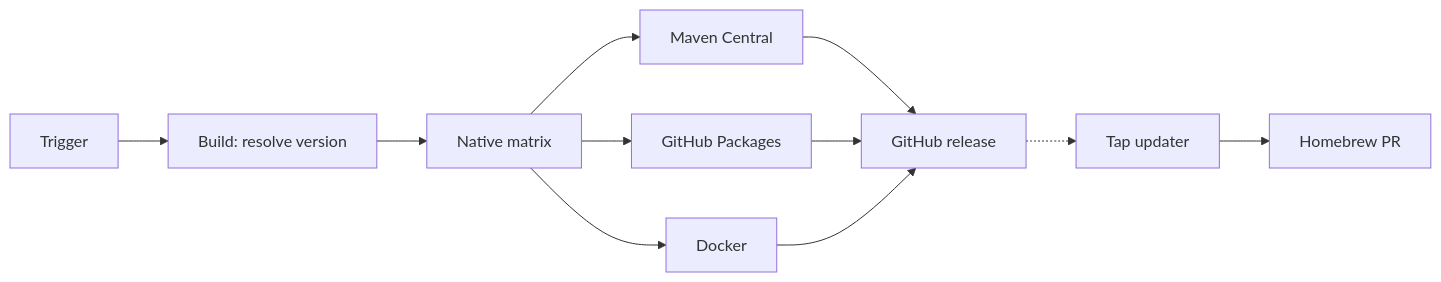
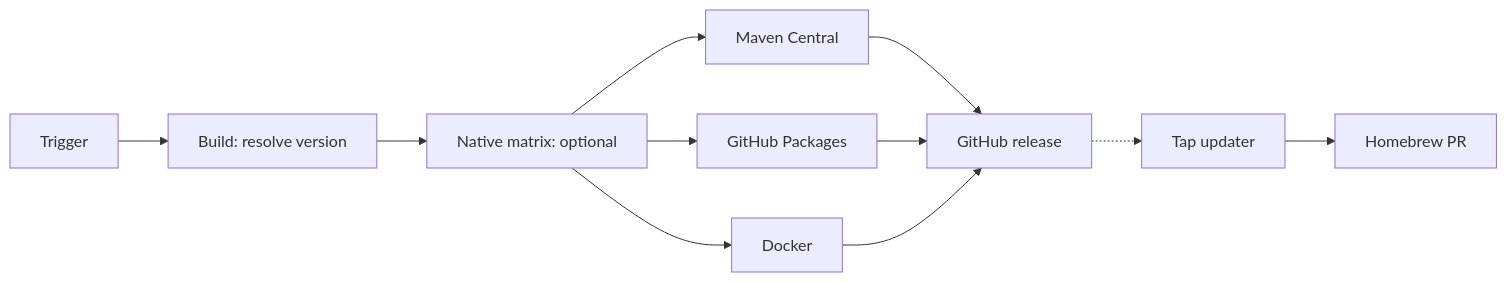
One commit to YunaBraska/YunaBraska changed the diagram in JAVA_CI_CD.md. Above: the diagram before and after it, drawn with Mermaid. The commit also changed other lines of this file, not shown here.

Commit message:
docs: document native runner matrix (#50)

````diff
--- a/JAVA_CI_CD.md
+++ b/JAVA_CI_CD.md
@@ -5,13 +5,13 @@
 ```mermaid
 flowchart LR
   A[Trigger] --> B[Build: resolve version]
-  B --> N[Native matrix]
+  B --> N[Native matrix: optional]
   N --> D[Maven Central]
   N --> E[GitHub Packages]
   N --> H[Docker]
   D --> F[GitHub release]
   E --> F
   H --> F
   F -.-> G[Tap updater]
   G --> I[Homebrew PR]
 ```
````
